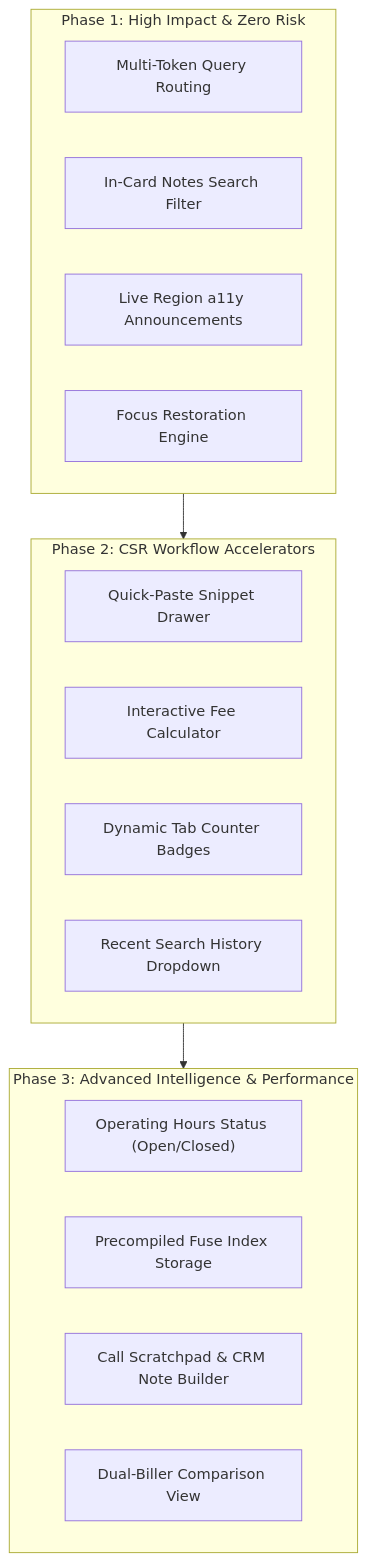
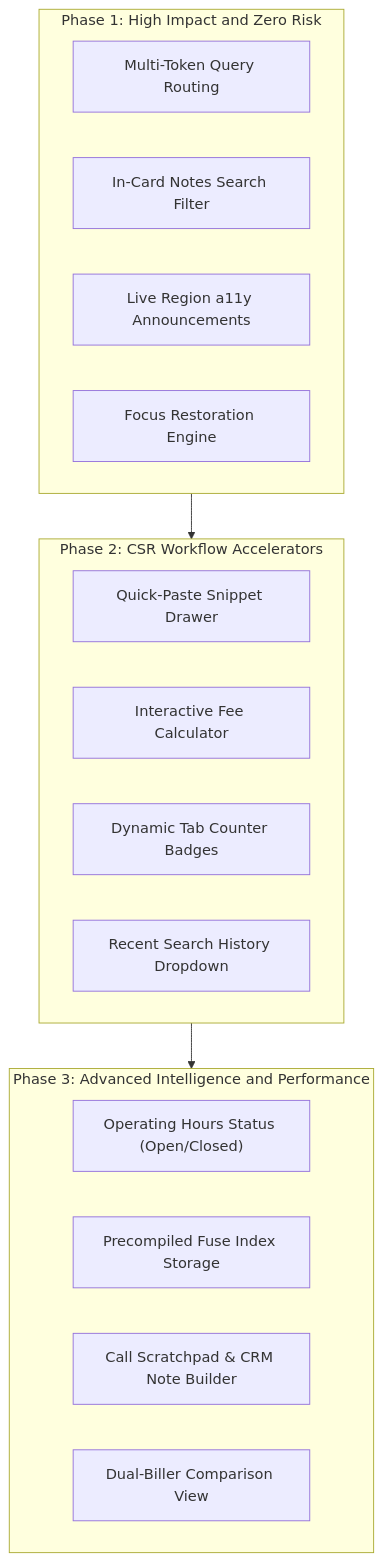
The third of 3 diagrams in synced-docs/cf-admin/documentation/archive/DO NOT SCAN!/POSSIBLE_IMPROVEMENTS.md (Harshil8136/chess-game1), drawn with Mermaid before and after one commit. The commit also changed other lines of this file and 4 other files, not shown here.

````diff
--- a/synced-docs/cf-admin/documentation/archive/DO NOT SCAN!/POSSIBLE_IMPROVEMENTS.md
+++ b/synced-docs/cf-admin/documentation/archive/DO NOT SCAN!/POSSIBLE_IMPROVEMENTS.md
@@ -188,26 +188,26 @@
 ```mermaid
 flowchart TD
-    subgraph Phase1 ["Phase 1: High Impact & Zero Risk"]
+    subgraph Phase1 [Phase 1: High Impact and Zero Risk]
         P1a["Multi-Token Query Routing"]
         P1b["In-Card Notes Search Filter"]
         P1c["Live Region a11y Announcements"]
         P1d["Focus Restoration Engine"]
     end
 
-    subgraph Phase2 ["Phase 2: CSR Workflow Accelerators"]
+    subgraph Phase2 [Phase 2: CSR Workflow Accelerators]
         P2a["Quick-Paste Snippet Drawer"]
         P2b["Interactive Fee Calculator"]
         P2c["Dynamic Tab Counter Badges"]
         P2d["Recent Search History Dropdown"]
     end
 
-    subgraph Phase3 ["Phase 3: Advanced Intelligence & Performance"]
+    subgraph Phase3 [Phase 3: Advanced Intelligence and Performance]
         P3a["Operating Hours Status (Open/Closed)"]
         P3b["Precompiled Fuse Index Storage"]
         P3c["Call Scratchpad & CRM Note Builder"]
         P3d["Dual-Biller Comparison View"]
     end
 
     Phase1 --> Phase2
     Phase2 --> Phase3
 ```
````
